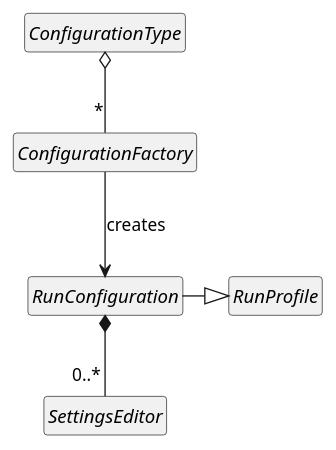
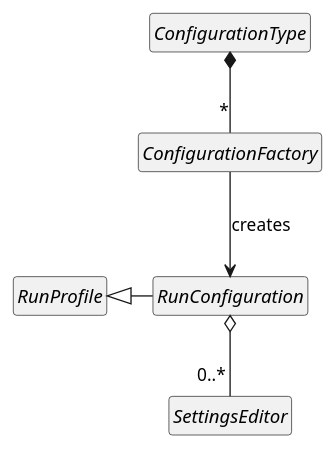
The diagram in buildUML/reference_guide/run_configuration_classes.puml (JetBrains/intellij-sdk-docs), drawn with PlantUML before and after one commit. The commit also changed 1 other file, not shown here.

Commit message:
Execution API - diagram improvements

```diff
--- a/buildUML/reference_guide/run_configuration_classes.puml
+++ b/buildUML/reference_guide/run_configuration_classes.puml
@@ -1,18 +1,18 @@
 @startuml
 
 hide empty members
 hide circle
 
 interface RunProfile
 interface ConfigurationType
 abstract class ConfigurationFactory
 interface RunConfiguration
 abstract class SettingsEditor
 
 
-ConfigurationType o-- "*" ConfigurationFactory
+ConfigurationType *-- "*" ConfigurationFactory
 ConfigurationFactory --> RunConfiguration: creates
-RunConfiguration *-- "0..*" SettingsEditor
-RunConfiguration -|> RunProfile
+RunConfiguration o-- "0..*" SettingsEditor
+RunConfiguration -l|> RunProfile
 
 @enduml
```
